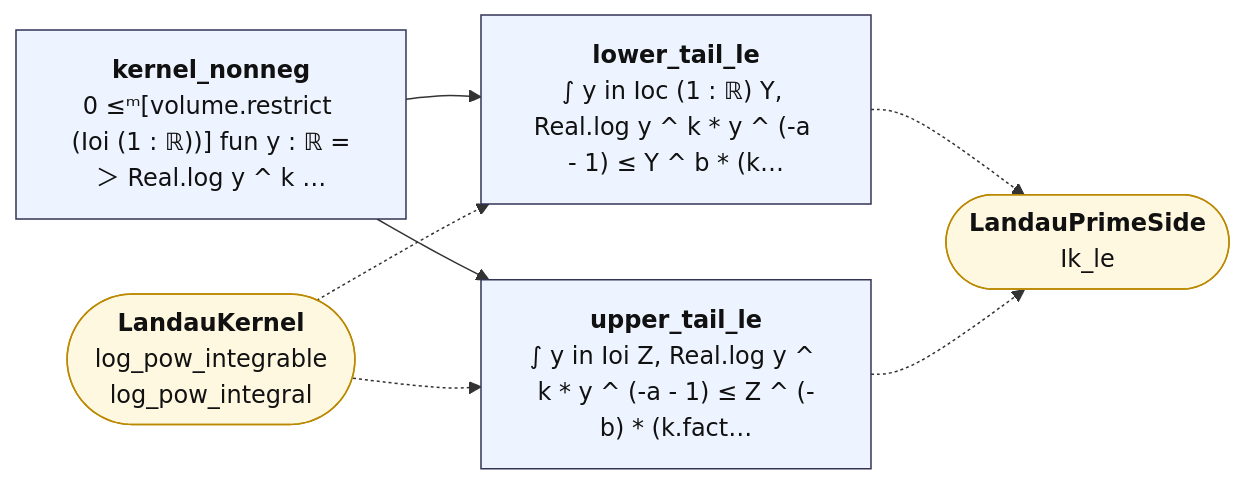
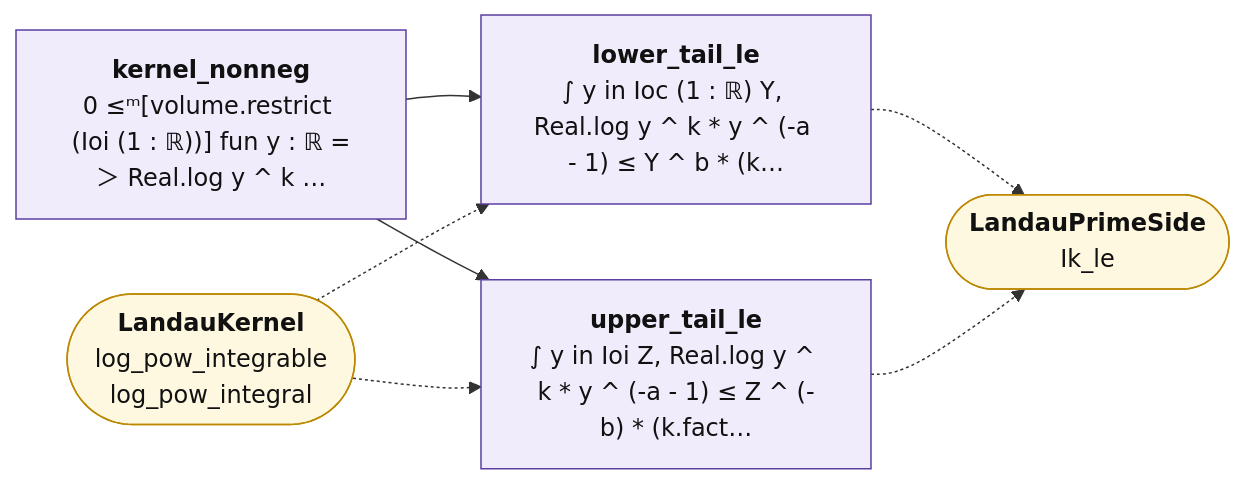
Before and after one commit to juliansambranojr/Primebeat_081426: the diagram in map/lean_stage3/LandauTail.md, drawn with Mermaid. The commit also changed other lines of this file and 398 other files, not shown here.

````diff
--- a/map/lean_stage3/LandauTail.md
+++ b/map/lean_stage3/LandauTail.md
@@ -12,19 +12,22 @@
 ```mermaid
 flowchart LR
-  n0["<b>kernel_nonneg</b><br/>0 ≤ᵐ[volume.restrict (Ioi (1 : ℝ))] fun y : ℝ =＞ Real.log y ^ k …"]:::thm
-  n1["<b>lower_tail_le</b><br/>∫ y in Ioc (1 : ℝ) Y, Real.log y ^ k * y ^ (-a - 1) ≤ Y ^ b * (k…"]:::thm
-  n2["<b>upper_tail_le</b><br/>∫ y in Ioi Z, Real.log y ^ k * y ^ (-a - 1) ≤ Z ^ (-b) * (k.fact…"]:::thm
+  n0["<b>kernel_nonneg</b><br/>0 ≤ᵐ[volume.restrict (Ioi (1 : ℝ))] fun y : ℝ =＞ Real.log y ^ k …"]:::shp
+  n1["<b>lower_tail_le</b><br/>∫ y in Ioc (1 : ℝ) Y, Real.log y ^ k * y ^ (-a - 1) ≤ Y ^ b * (k…"]:::shp
+  n2["<b>upper_tail_le</b><br/>∫ y in Ioi Z, Real.log y ^ k * y ^ (-a - 1) ≤ Z ^ (-b) * (k.fact…"]:::shp
   x0(["<b>LandauKernel</b><br/>log_pow_integrable<br/>log_pow_integral"]):::ext
   x1(["<b>LandauPrimeSide</b><br/>Ik_le"]):::ext
   n0 --> n1
   n0 --> n2
   n1 -.-> x1
   n2 -.-> x1
   x0 -.-> n1
   x0 -.-> n2
+  classDef cnt fill:#dff5ec,stroke:#17694a,color:#111
+  classDef shp fill:#f1ecfb,stroke:#5b3fa0,color:#111
+  classDef rh fill:#ffe5e5,stroke:#c22,color:#111,stroke-width:2px
   classDef thm fill:#eef4ff,stroke:#335,color:#111
   classDef end_ fill:#e7f7e7,stroke:#2a7,color:#111,stroke-width:2px
   classDef lone fill:#fff,stroke:#999,color:#111,stroke-dasharray:4 3
   classDef bad fill:#ffe5e5,stroke:#c22,color:#111,stroke-width:2px
   classDef ext fill:#fff8e1,stroke:#b80,color:#111
 ```
````
